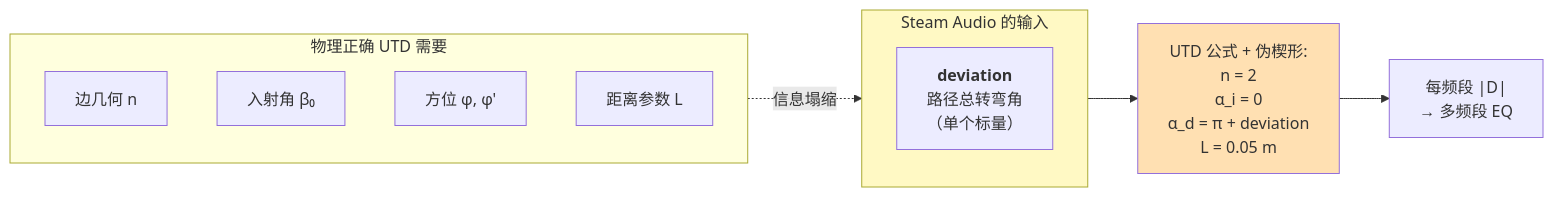
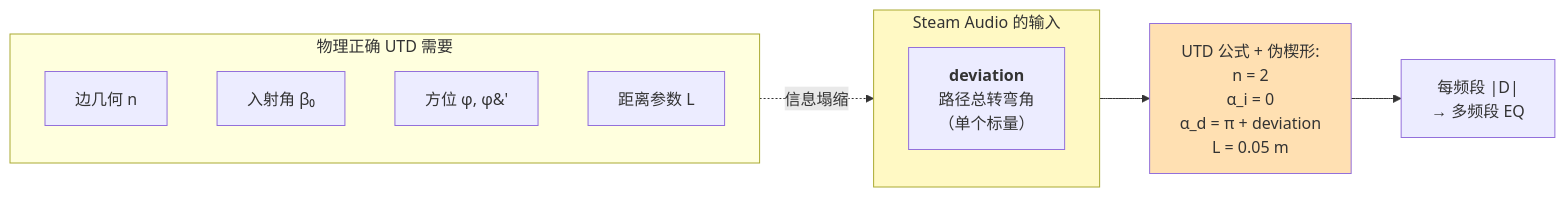
One commit to ohday/BranKm changed the first of 5 diagrams in projects/acoustic-portal-baking/wiki/8. Steam Audio 的偏折角-UTD 近似.md. Above: the diagram before and after it, drawn with Mermaid. The commit also changed 121 other files, not shown here.

````diff
--- a/projects/acoustic-portal-baking/wiki/8. Steam Audio 的偏折角-UTD 近似.md
+++ b/projects/acoustic-portal-baking/wiki/8. Steam Audio 的偏折角-UTD 近似.md
@@ -13,20 +13,20 @@
 ```mermaid
 flowchart LR
     subgraph REAL["物理正确 UTD 需要"]
         R1[边几何 n]
         R2[入射角 β₀]
-        R3[方位 φ, φ']
+        R3["方位 φ, φ&#39;"]
         R4[距离参数 L]
     end
 
     subgraph FAKE["Steam Audio 的输入"]
         F["<b>deviation</b><br/>路径总转弯角<br/>（单个标量）"]
     end
 
     REAL -.信息塌缩.-> FAKE
     FAKE --> UTD_WITH_FAKES["UTD 公式 + 伪楔形:<br/>n = 2<br/>α_i = 0<br/>α_d = π + deviation<br/>L = 0.05 m"]
     UTD_WITH_FAKES --> EQ["每频段 |D|<br/>→ 多频段 EQ"]
 
     style FAKE fill:#fff9c4
     style UTD_WITH_FAKES fill:#ffe0b2
 ```
````
